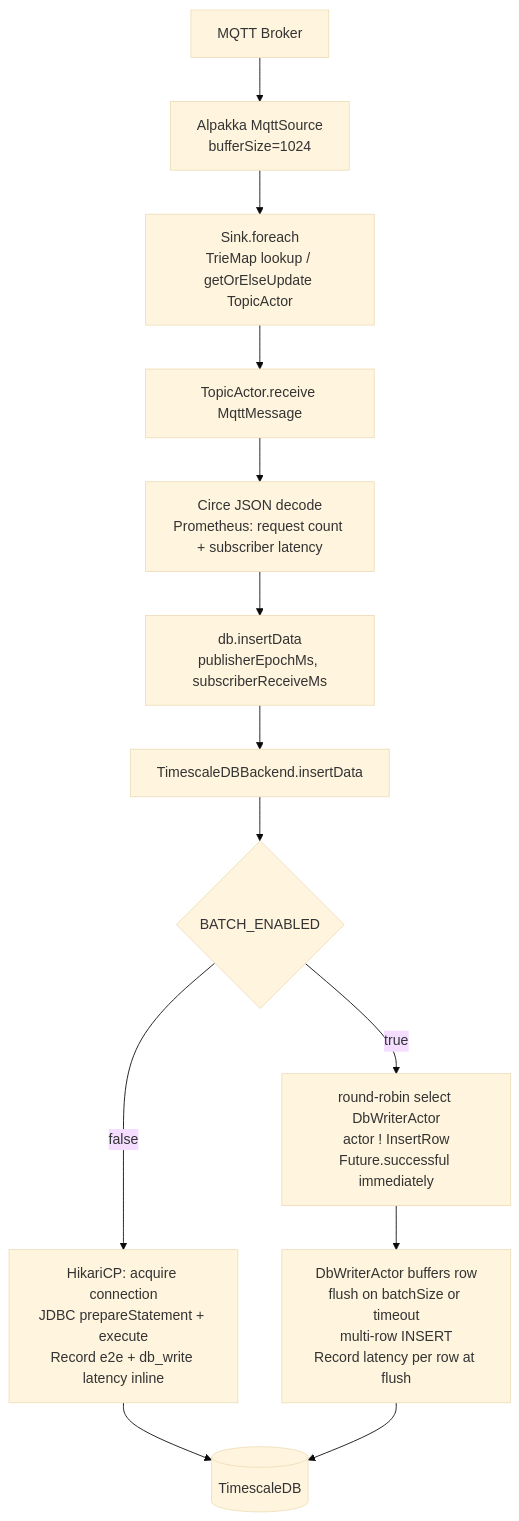
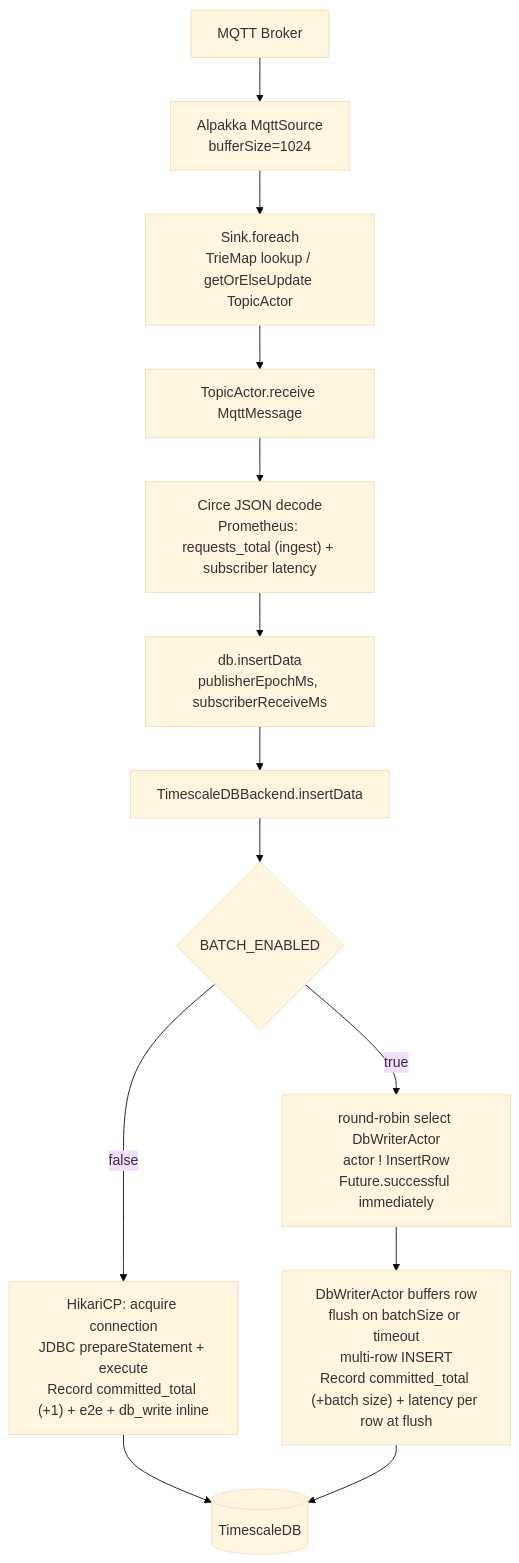
The first of 2 diagrams in service-subscriber/README.md (TomSpyropoulos/actor-scala), drawn with Mermaid (base theme) before and after one commit. The commit also changed other lines of this file and 2 other files, not shown here.

Commit message:
Readme and formatting updates

````diff
--- a/service-subscriber/README.md
+++ b/service-subscriber/README.md
@@ -21,15 +21,15 @@
 ```mermaid
 flowchart TD
     A[MQTT Broker] --> B["Alpakka MqttSource\nbufferSize=1024"]
     B --> C["Sink.foreach\nTrieMap lookup / getOrElseUpdate TopicActor"]
     C --> D[TopicActor.receive MqttMessage]
-    D --> E["Circe JSON decode\nPrometheus: request count + subscriber latency"]
+    D --> E["Circe JSON decode\nPrometheus: requests_total (ingest) + subscriber latency"]
     E --> F["db.insertData\npublisherEpochMs, subscriberReceiveMs"]
     F --> G[TimescaleDBBackend.insertData]
     G --> H{BATCH_ENABLED}
-    H -->|false| I["HikariCP: acquire connection\nJDBC prepareStatement + execute\nRecord e2e + db_write latency inline"]
+    H -->|false| I["HikariCP: acquire connection\nJDBC prepareStatement + execute\nRecord committed_total (+1) + e2e + db_write inline"]
     H -->|true| J["round-robin select DbWriterActor\nactor ! InsertRow\nFuture.successful immediately"]
     I --> K[(TimescaleDB)]
-    J --> L["DbWriterActor buffers row\nflush on batchSize or timeout\nmulti-row INSERT\nRecord latency per row at flush"]
+    J --> L["DbWriterActor buffers row\nflush on batchSize or timeout\nmulti-row INSERT\nRecord committed_total (+batch size) + latency per row at flush"]
     L --> K
 ```
````
